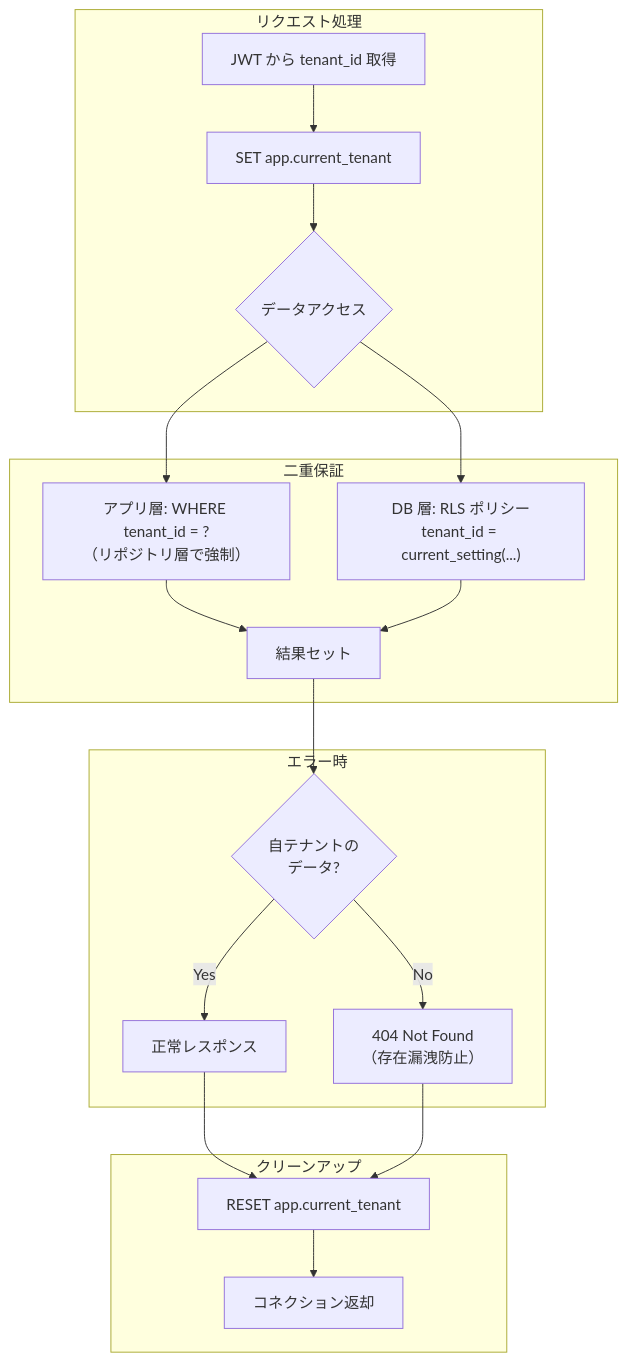
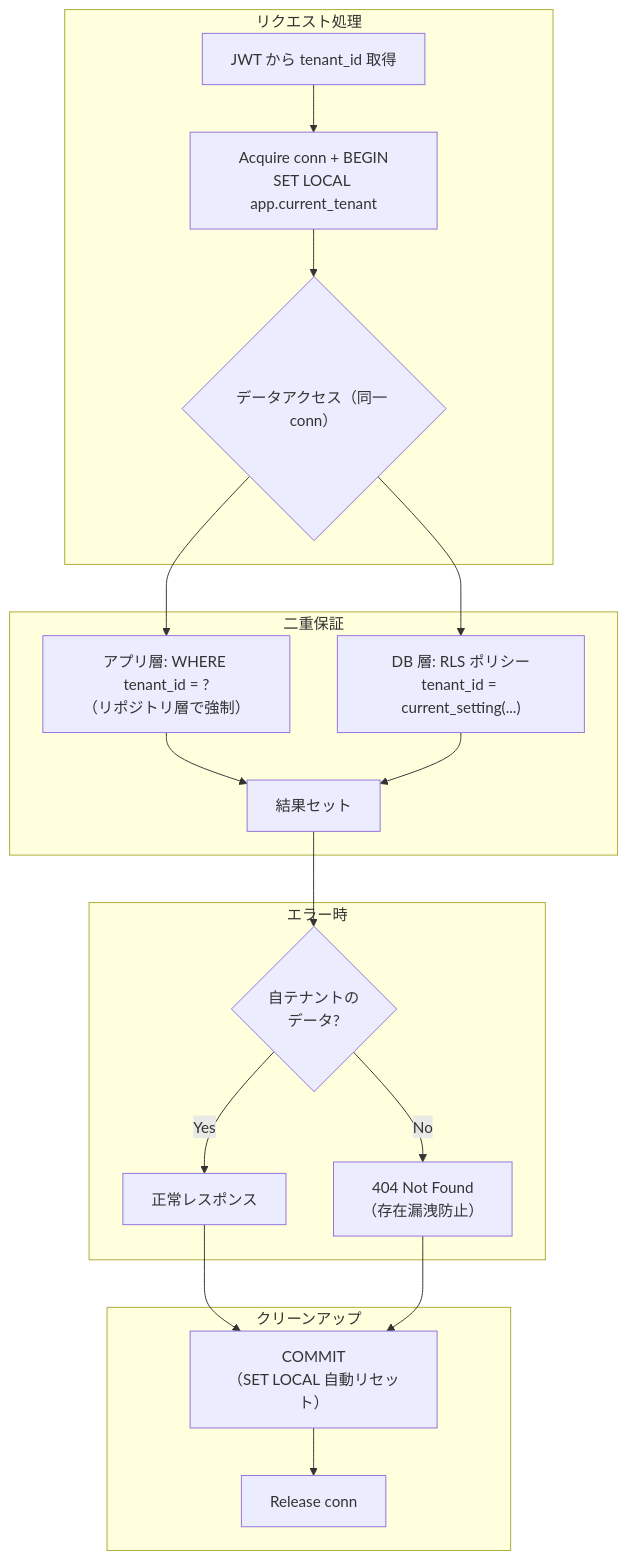
The fourth of 7 diagrams in deliverables/docs/30_arch/diagrams.md (atsuro128/dev-journal), drawn with Mermaid before and after one commit. The commit also changed other lines of this file and 6 other files, not shown here.

````diff
--- a/deliverables/docs/30_arch/diagrams.md
+++ b/deliverables/docs/30_arch/diagrams.md
@@ -140,26 +140,26 @@
 ```mermaid
 graph TD
     subgraph Request["リクエスト処理"]
-        A["JWT から tenant_id 取得"] --> B["SET app.current_tenant"]
-        B --> C{"データアクセス"}
+        A["JWT から tenant_id 取得"] --> B["Acquire conn + BEGIN<br/>SET LOCAL app.current_tenant"]
+        B --> C{"データアクセス（同一 conn）"}
     end
 
     subgraph DoubleGuard["二重保証"]
         C --> D["アプリ層: WHERE tenant_id = ?<br/>（リポジトリ層で強制）"]
         C --> E["DB 層: RLS ポリシー<br/>tenant_id = current_setting(...)"]
         D --> F["結果セット"]
         E --> F
     end
 
     subgraph ErrorHandling["エラー時"]
         F --> G{"自テナントの<br/>データ?"}
         G -->|Yes| H["正常レスポンス"]
         G -->|No| I["404 Not Found<br/>（存在漏洩防止）"]
     end
 
     subgraph Cleanup["クリーンアップ"]
-        H --> J["RESET app.current_tenant"]
+        H --> J["COMMIT<br/>（SET LOCAL 自動リセット）"]
         I --> J
-        J --> K["コネクション返却"]
+        J --> K["Release conn"]
     end
 ```
````
